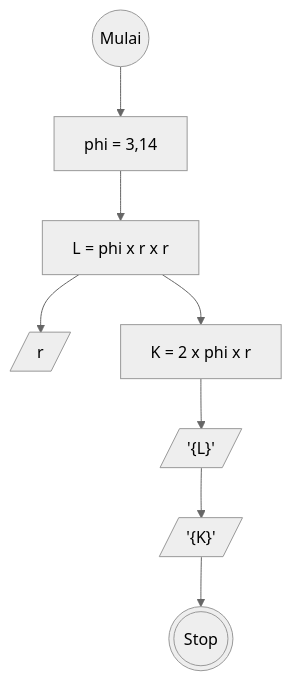
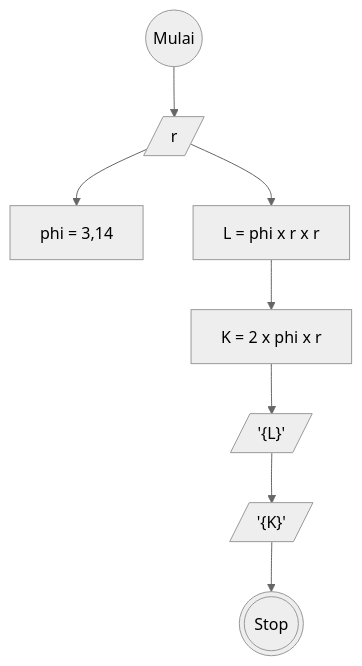
Before and after one commit to MuhamadRafliShidiq/koda-b8-algoritma: the diagram in luas-dan-keliling.md, drawn with Mermaid (neutral theme).

````diff
--- a/luas-dan-keliling.md
+++ b/luas-dan-keliling.md
@@ -21,22 +21,22 @@
 ```mermaid
 
     flowchart TD
 
     a@{ shape: circle, label: "Mulai" }
     b@{ shape: rect, label: "phi = 3,14" }
     c@{ shape: lean-r, label: " r" }
     d@{ shape: rect, label: "L = phi x r x r " }
     e@{ shape: rect, label: "K = 2 x phi x r " }
     f@{ shape: lean-r, label: "'{L}'" }
     g@{ shape: lean-r, label: "'{K}'" }
     h@{ shape: dbl-circ, label: "Stop" }
 
-    a --> b
-    b --> d
-    d --> c
+    a --> c
+    c --> b
+    c --> d
     d --> e
     e --> f
     f --> g
     g --> h
 
 ```
````
